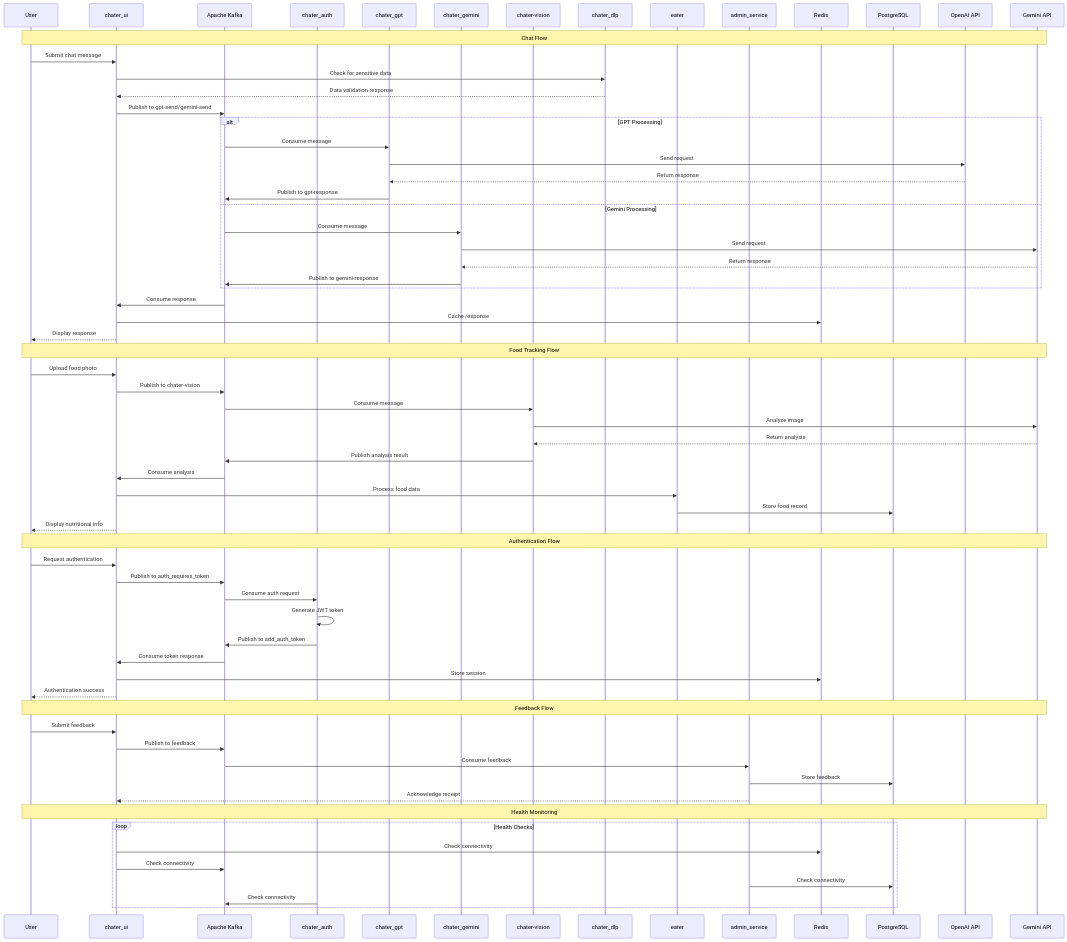
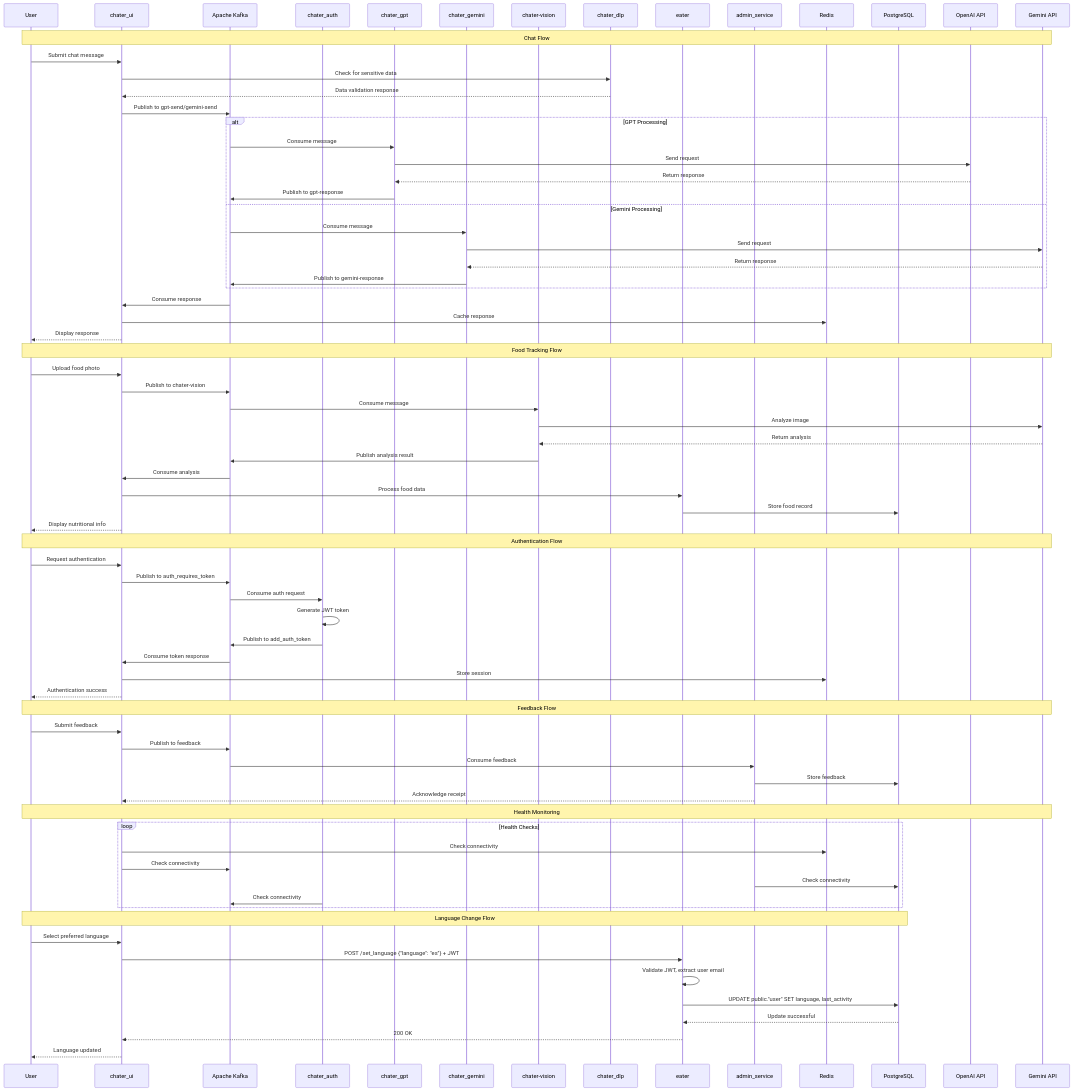
One commit to singularis/chater_new changed the second of 2 diagrams in README.md. Above: the diagram before and after it, drawn with Mermaid. The commit also changed other lines of this file, not shown here.

Commit message:
Enhance README with language preference management details
- Added a section on language preference management to the README, outlining the new feature for users to select their preferred language.
- Documented the JWT-protected endpoint `POST /set_language` for updating user language settings.
- Included a sequence diagram illustrating the language change flow for better understanding of the process.

````diff
--- a/README.md
+++ b/README.md
@@ -550,4 +552,13 @@
         Admin->>DB: Check connectivity
         Auth->>Kafka: Check connectivity
     end
+
+    Note over User,DB: Language Change Flow
+    User->>UI: Select preferred language
+    UI->>Eater: POST /set_language {"language": "es"} + JWT
+    Eater->>Eater: Validate JWT, extract user email
+    Eater->>DB: UPDATE public."user" SET language, last_activity
+    DB-->>Eater: Update successful
+    Eater-->>UI: 200 OK
+    UI-->>User: Language updated
 ```
````
